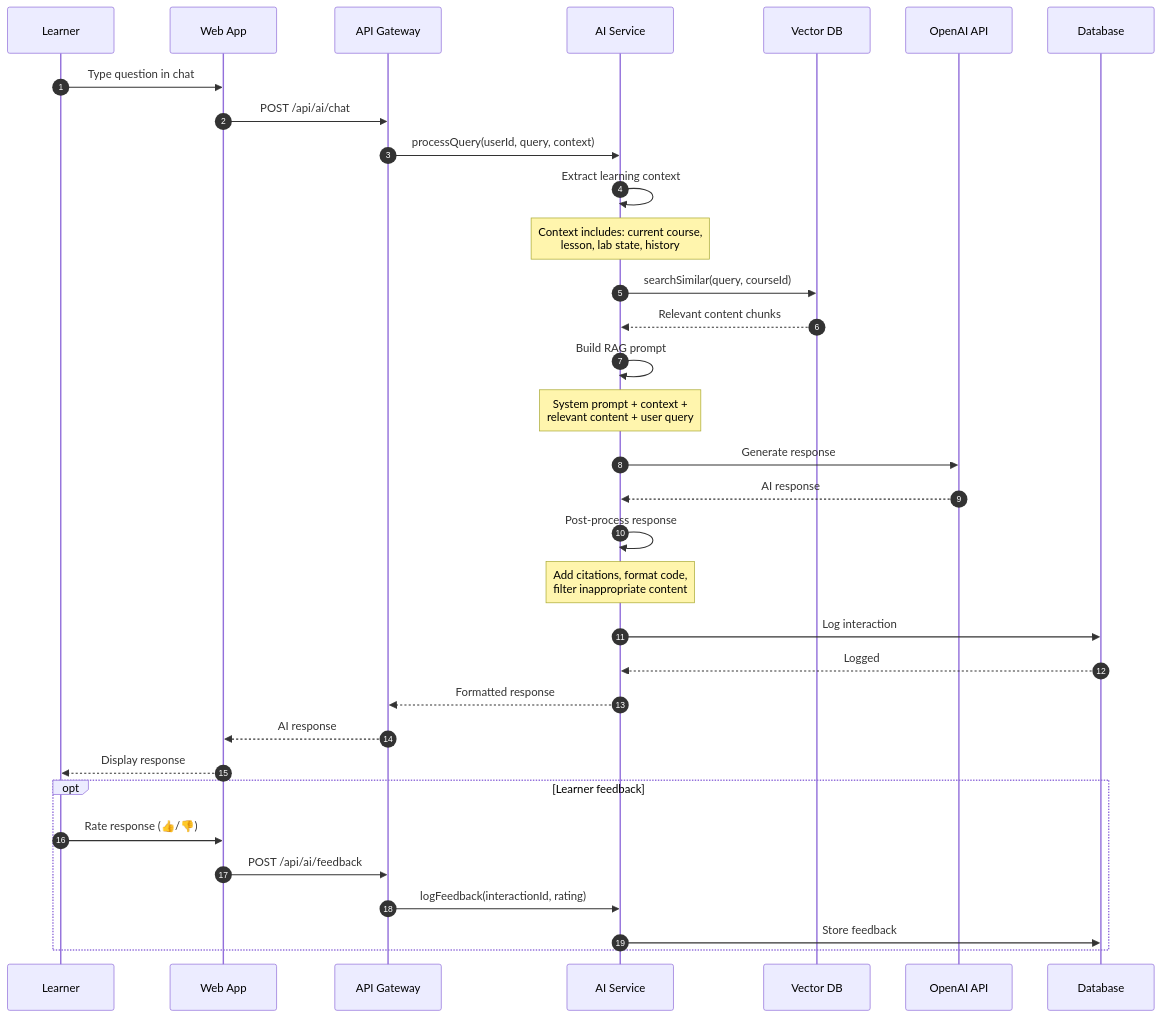
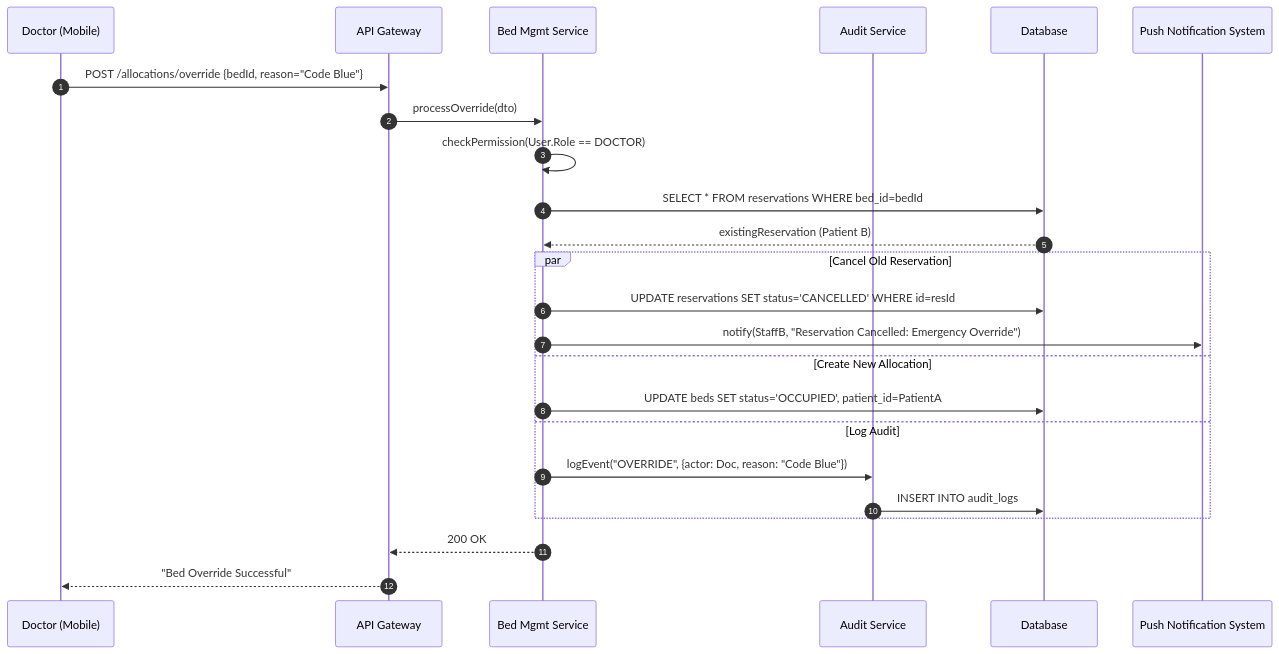
The second of 4 diagrams in SEQUENCE_DIAGRAMS.md (adityasinghz/kata-3), drawn with Mermaid before and after one commit. The commit also changed other lines of this file and 12 other files, not shown here.

````diff
--- a/SEQUENCE_DIAGRAMS.md
+++ b/SEQUENCE_DIAGRAMS.md
@@ -197,44 +73,31 @@
 ```mermaid
 sequenceDiagram
     autonumber
-    participant L as Learner
-    participant UI as Web App
-    participant GW as API Gateway
-    participant AI as AI Service
-    participant VDB as Vector DB
-    participant LLM as OpenAI API
+    participant Doc as Doctor (Mobile)
+    participant API as API Gateway
+    participant BedSvc as Bed Mgmt Service
+    participant Audit as Audit Service
     participant DB as Database
+    participant Push as Push Notification System
 
-    L->>UI: Type question in chat
-    UI->>GW: POST /api/ai/chat
-    GW->>AI: processQuery(userId, query, context)
+    Doc->>API: POST /allocations/override {bedId, reason="Code Blue"}
+    API->>BedSvc: processOverride(dto)
     
-    AI->>AI: Extract learning context
-    Note over AI: Context includes: current course,<br/>lesson, lab state, history
+    BedSvc->>BedSvc: checkPermission(User.Role == DOCTOR)
     
-    AI->>VDB: searchSimilar(query, courseId)
-    VDB-->>AI: Relevant content chunks
+    BedSvc->>DB: SELECT * FROM reservations WHERE bed_id=bedId
+    DB-->>BedSvc: existingReservation (Patient B)
     
-    AI->>AI: Build RAG prompt
-    Note over AI: System prompt + context +<br/>relevant content + user query
-    
-    AI->>LLM: Generate response
-    LLM-->>AI: AI response
-    
-    AI->>AI: Post-process response
-    Note over AI: Add citations, format code,<br/>filter inappropriate content
-    
-    AI->>DB: Log interaction
-    DB-->>AI: Logged
-    
-    AI-->>GW: Formatted response
-    GW-->>UI: AI response
-    UI-->>L: Display response
-    
-    opt Learner feedback
-        L->>UI: Rate response (👍/👎)
-        UI->>GW: POST /api/ai/feedback
-        GW->>AI: logFeedback(interactionId, rating)
-        AI->>DB: Store feedback
+    par Cancel Old Reservation
+        BedSvc->>DB: UPDATE reservations SET status='CANCELLED' WHERE id=resId
+        BedSvc->>Push: notify(StaffB, "Reservation Cancelled: Emergency Override")
+    and Create New Allocation
+        BedSvc->>DB: UPDATE beds SET status='OCCUPIED', patient_id=PatientA
+    and Log Audit
+        BedSvc->>Audit: logEvent("OVERRIDE", {actor: Doc, reason: "Code Blue"})
+        Audit->>DB: INSERT INTO audit_logs
     end
+
+    BedSvc-->>API: 200 OK
+    API-->>Doc: "Bed Override Successful"
 ```
````
